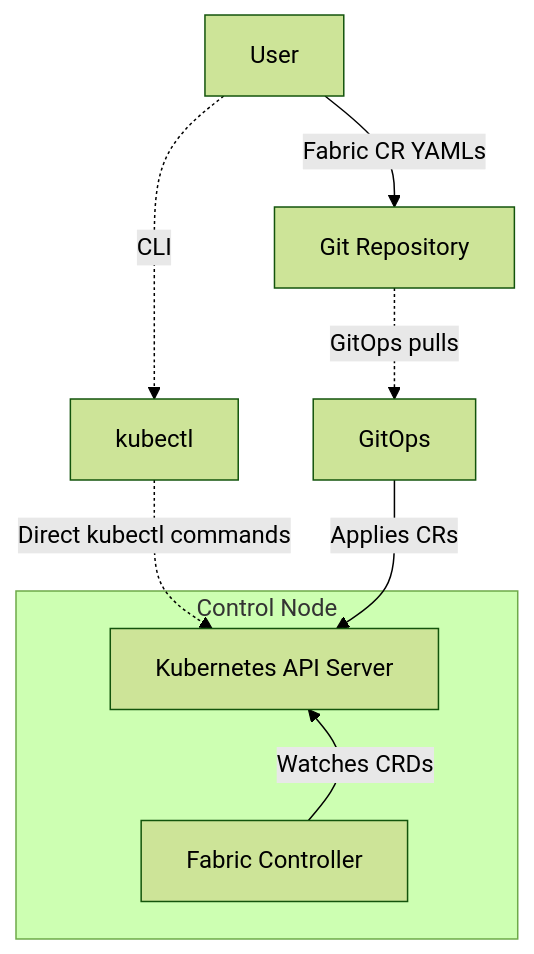
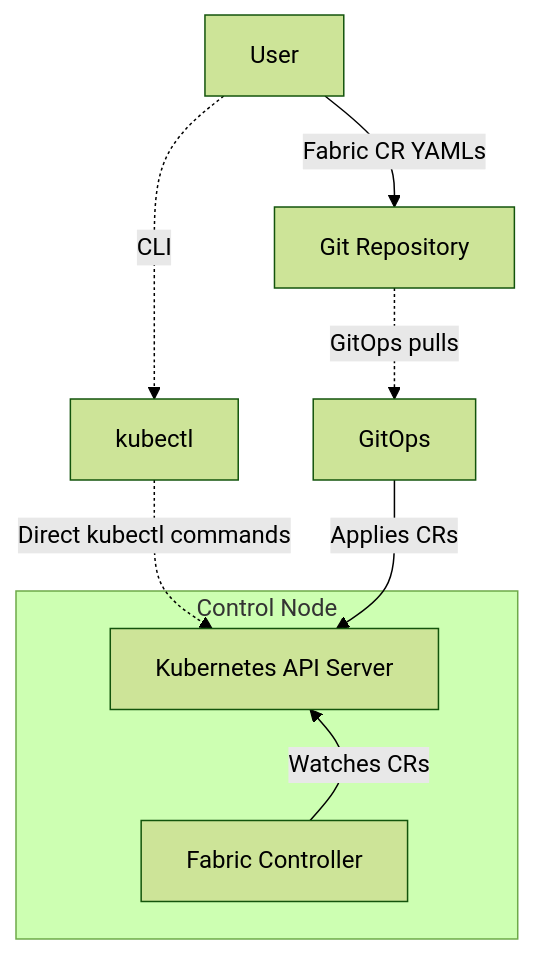
The second of 2 diagrams in docs/architecture/management.md (githedgehog/docs), drawn with Mermaid (forest theme) before and after one commit. The commit also changed other lines of this file, not shown here.

````diff
--- a/docs/architecture/management.md
+++ b/docs/architecture/management.md
@@ -99,25 +103,25 @@
 ```mermaid
 graph TD
 
 %% Define the nodes
 User[User] 
 Kubectl[kubectl]
 Git[Git Repository]
 GitOps[GitOps]
 %% Control Node components
 subgraph ControlNode["Control Node"]
   K8S[Kubernetes API Server]
   FC[Fabric Controller]
 end
 %% Define the relationships
 User -->|Fabric CR YAMLs| Git
 Kubectl -.->|Direct kubectl commands| K8S
 User -.->|CLI| Kubectl
 Git -.->|GitOps pulls| GitOps
 GitOps -->|Applies CRs| K8S
 %% Keep rel with empty text to keep layout
 K8S -->| | FC
-FC -->|Watches CRDs| K8S
+FC -->|Watches CRs| K8S
 %% Style the original arrow invisible
 linkStyle 5 stroke:none,fill:none;
 ```
````
